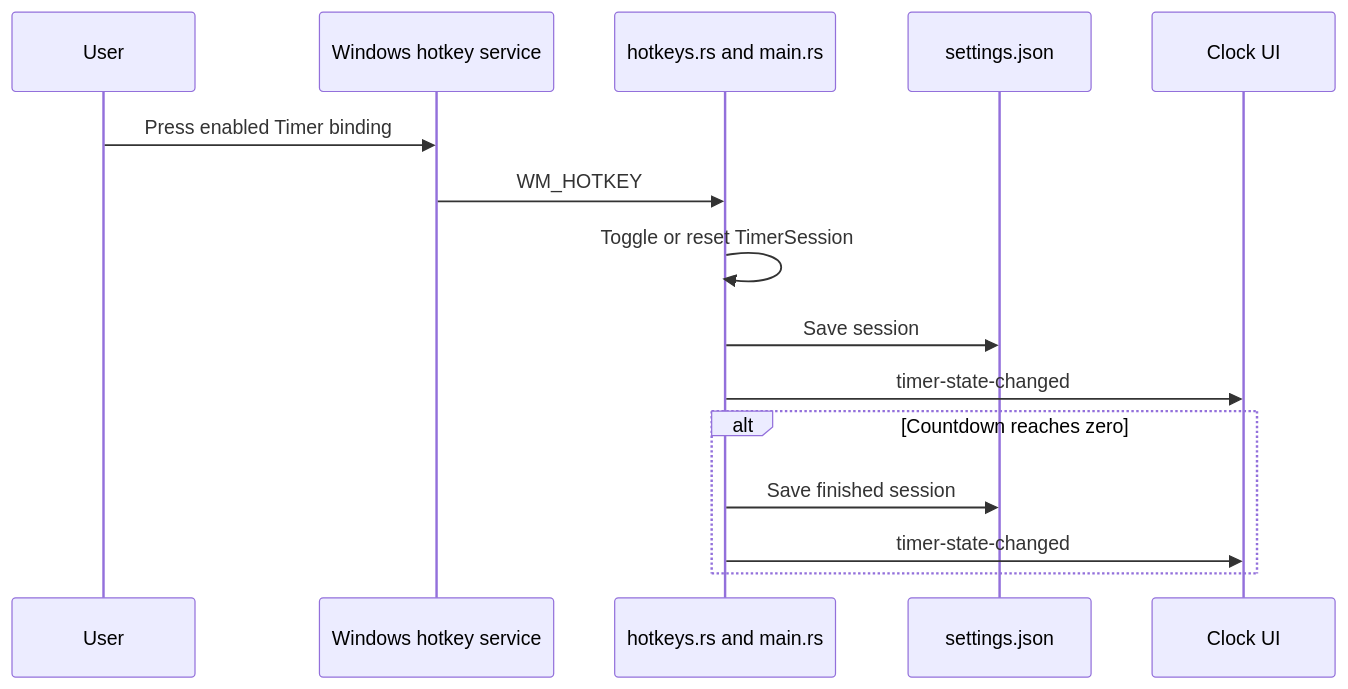
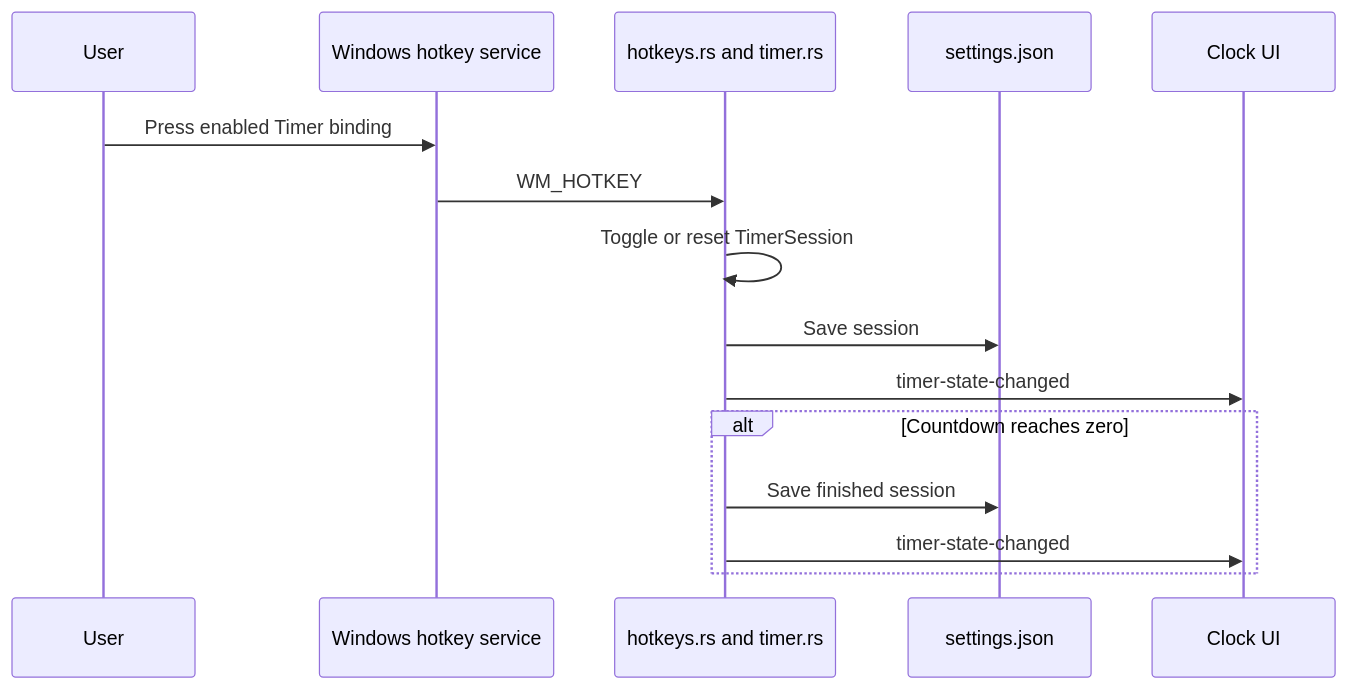
Before and after one commit to tbkmax/TopClock: the third of 4 diagrams in src-tauri/src/doc/workflow_diagram.md, drawn with Mermaid. The commit also changed other lines of this file and 19 other files, not shown here.

````diff
--- a/src-tauri/src/doc/workflow_diagram.md
+++ b/src-tauri/src/doc/workflow_diagram.md
@@ -112,17 +112,17 @@
 ```mermaid
 sequenceDiagram
     participant User
     participant Win as Windows hotkey service
-    participant Rust as hotkeys.rs and main.rs
+    participant Rust as hotkeys.rs and timer.rs
     participant File as settings.json
     participant Clock as Clock UI
     User->>Win: Press enabled Timer binding
     Win->>Rust: WM_HOTKEY
     Rust->>Rust: Toggle or reset TimerSession
     Rust->>File: Save session
     Rust->>Clock: timer-state-changed
     alt Countdown reaches zero
         Rust->>File: Save finished session
         Rust->>Clock: timer-state-changed
     end
 ```
````
